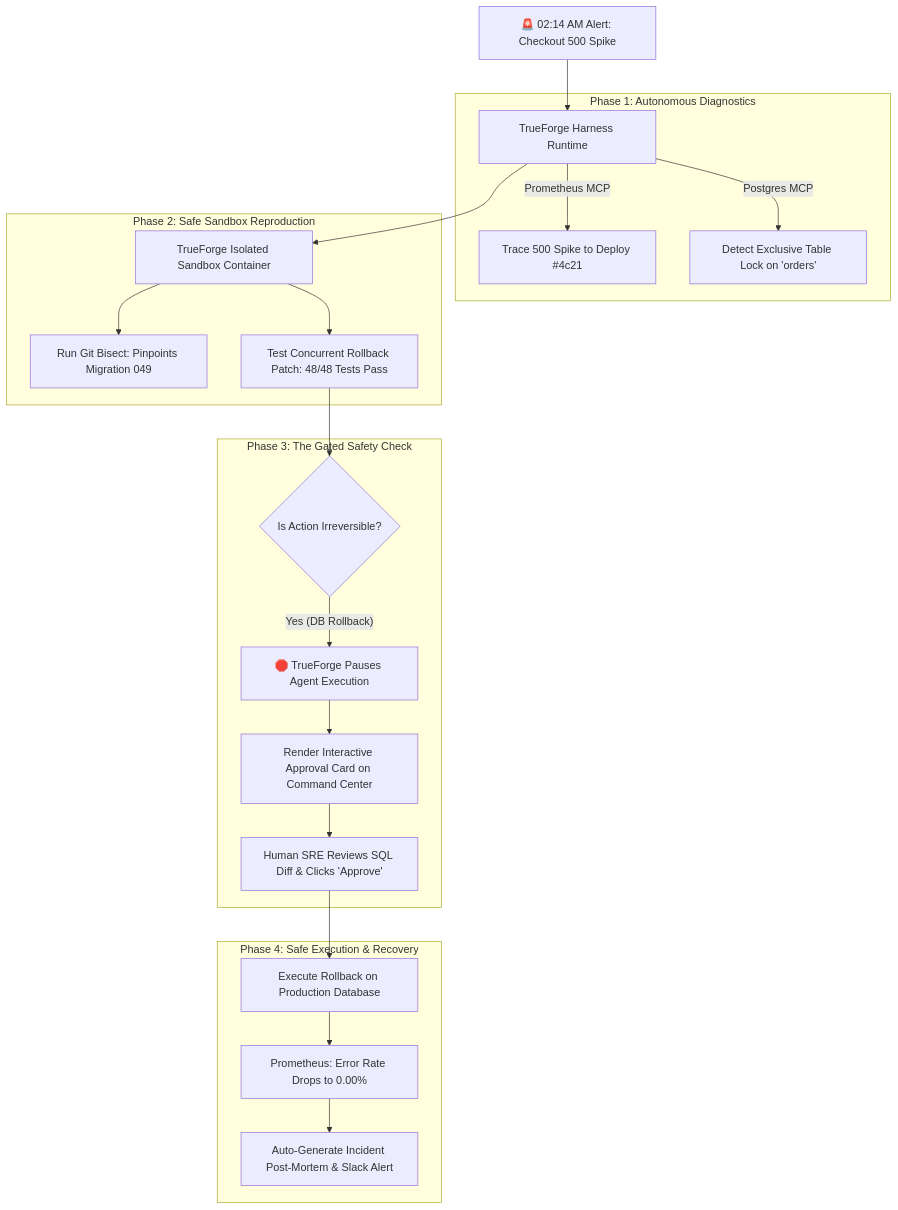
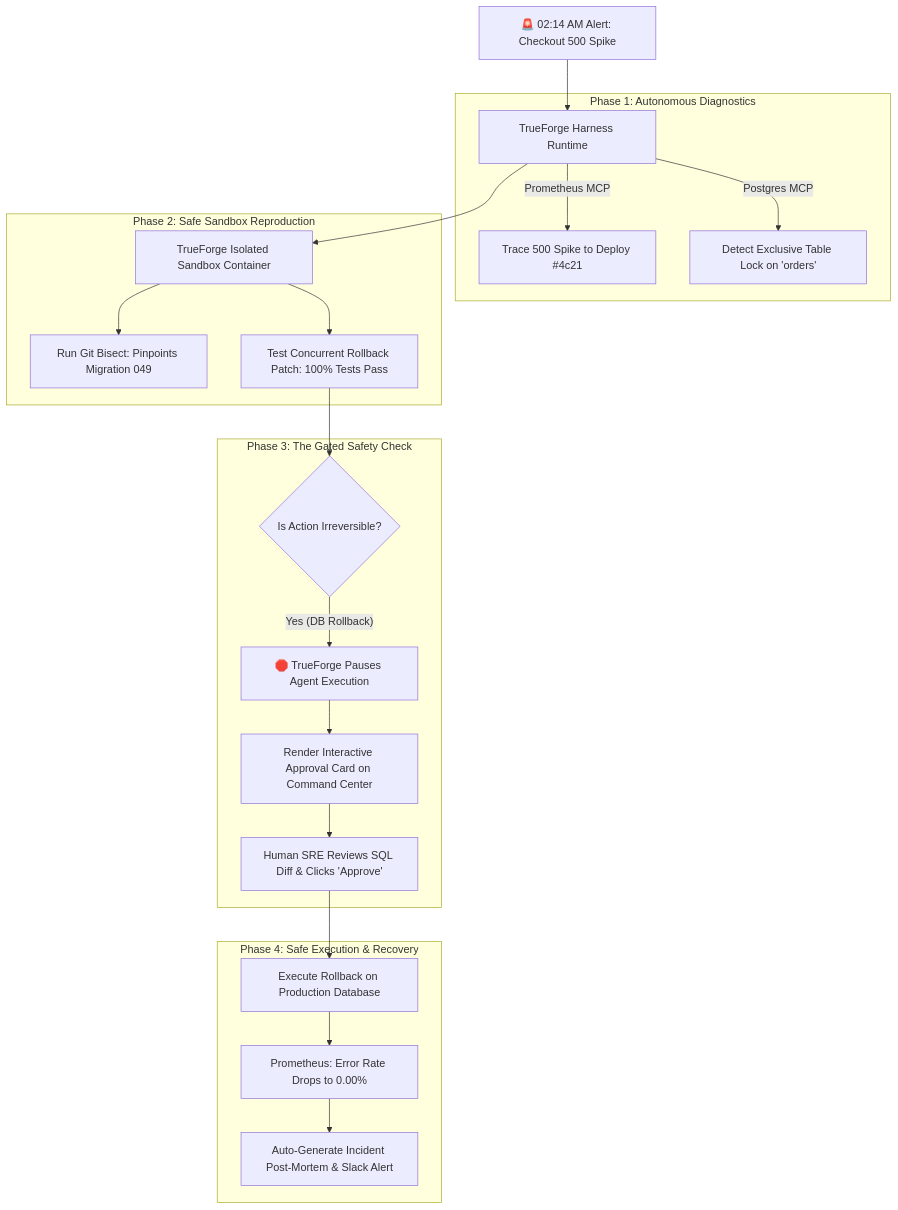
Before and after one commit to hivid1/truesentry: the diagram in FIELD_REPORT.md, drawn with Mermaid. The commit also changed 27 other files, not shown here.

````diff
--- a/FIELD_REPORT.md
+++ b/FIELD_REPORT.md
@@ -24,28 +24,28 @@
 ```mermaid
 graph TD
     ALERT[🚨 02:14 AM Alert: Checkout 500 Spike] --> HARNESS[TrueForge Harness Runtime]
     
     subgraph "Phase 1: Autonomous Diagnostics"
         HARNESS -->|Prometheus MCP| METRICS[Trace 500 Spike to Deploy #4c21]
         HARNESS -->|Postgres MCP| LOCKS[Detect Exclusive Table Lock on 'orders']
     end
     
     subgraph "Phase 2: Safe Sandbox Reproduction"
         HARNESS --> SANDBOX[TrueForge Isolated Sandbox Container]
         SANDBOX --> BISECT[Run Git Bisect: Pinpoints Migration 049]
-        SANDBOX --> TEST[Test Concurrent Rollback Patch: 48/48 Tests Pass]
+        SANDBOX --> TEST[Test Concurrent Rollback Patch: 100% Tests Pass]
     end
     
     subgraph "Phase 3: The Gated Safety Check"
         TEST --> PAUSE{Is Action Irreversible?}
         PAUSE -- Yes (DB Rollback) --> HITL[🛑 TrueForge Pauses Agent Execution]
         HITL --> UI[Render Interactive Approval Card on Command Center]
         UI --> SRE[Human SRE Reviews SQL Diff & Clicks 'Approve']
     end
     
     subgraph "Phase 4: Safe Execution & Recovery"
         SRE --> EXEC[Execute Rollback on Production Database]
         EXEC --> VERIFY[Prometheus: Error Rate Drops to 0.00%]
         VERIFY --> POSTMORTEM[Auto-Generate Incident Post-Mortem & Slack Alert]
     end
 ```
````
